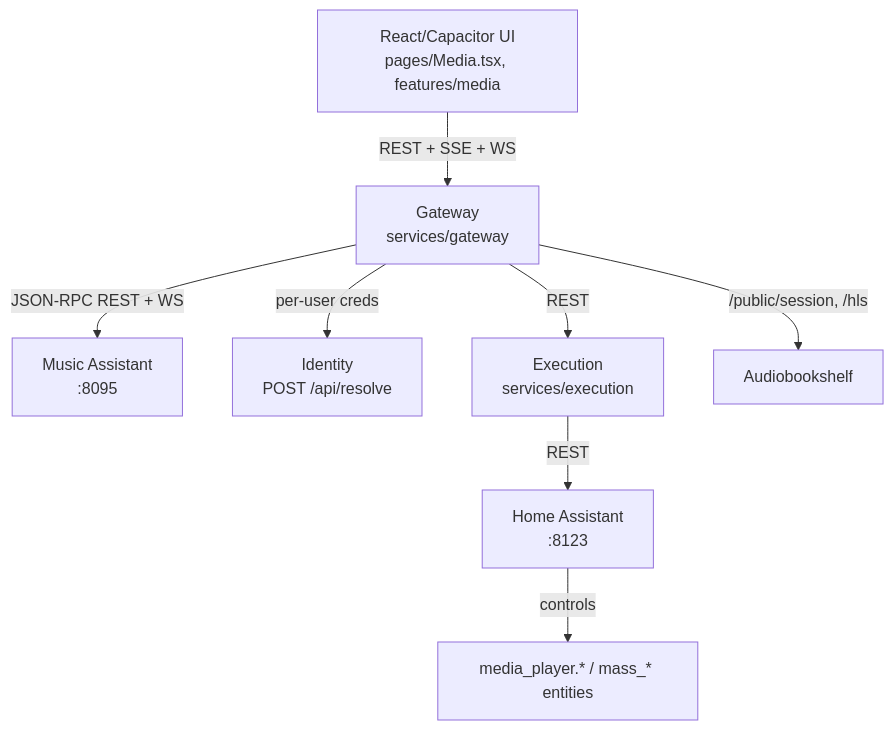
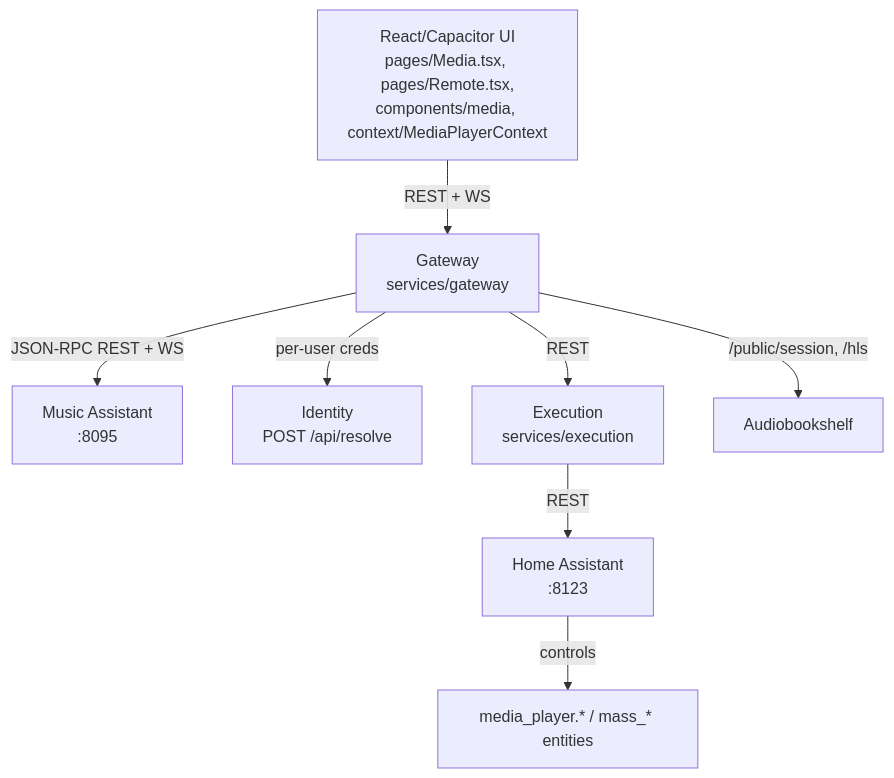
One commit to JMiahMan1/SharedLLM changed the diagram in docs/MEDIA_PLAYER.md. Above: the diagram before and after it, drawn with Mermaid. The commit also changed other lines of this file and 256 other files, not shown here.

````diff
--- a/docs/MEDIA_PLAYER.md
+++ b/docs/MEDIA_PLAYER.md
@@ -11,10 +11,10 @@
 ```mermaid
 graph TD
-    UI[React/Capacitor UI<br/>pages/Media.tsx, features/media] -->|REST + SSE + WS| GW[Gateway<br/>services/gateway]
+    UI[React/Capacitor UI<br/>pages/Media.tsx, pages/Remote.tsx,<br/>components/media, context/MediaPlayerContext] -->|REST + WS| GW[Gateway<br/>services/gateway]
     GW -->|JSON-RPC REST + WS| MA[Music Assistant<br/>:8095]
     GW -->|per-user creds| ID[Identity<br/>POST /api/resolve]
     GW -->|REST| EX[Execution<br/>services/execution]
     EX -->|REST| HA[Home Assistant<br/>:8123]
     GW -->|/public/session, /hls| ABS[Audiobookshelf]
     HA -->|controls| PLAYERS[media_player.* / mass_* entities]
 ```
````
